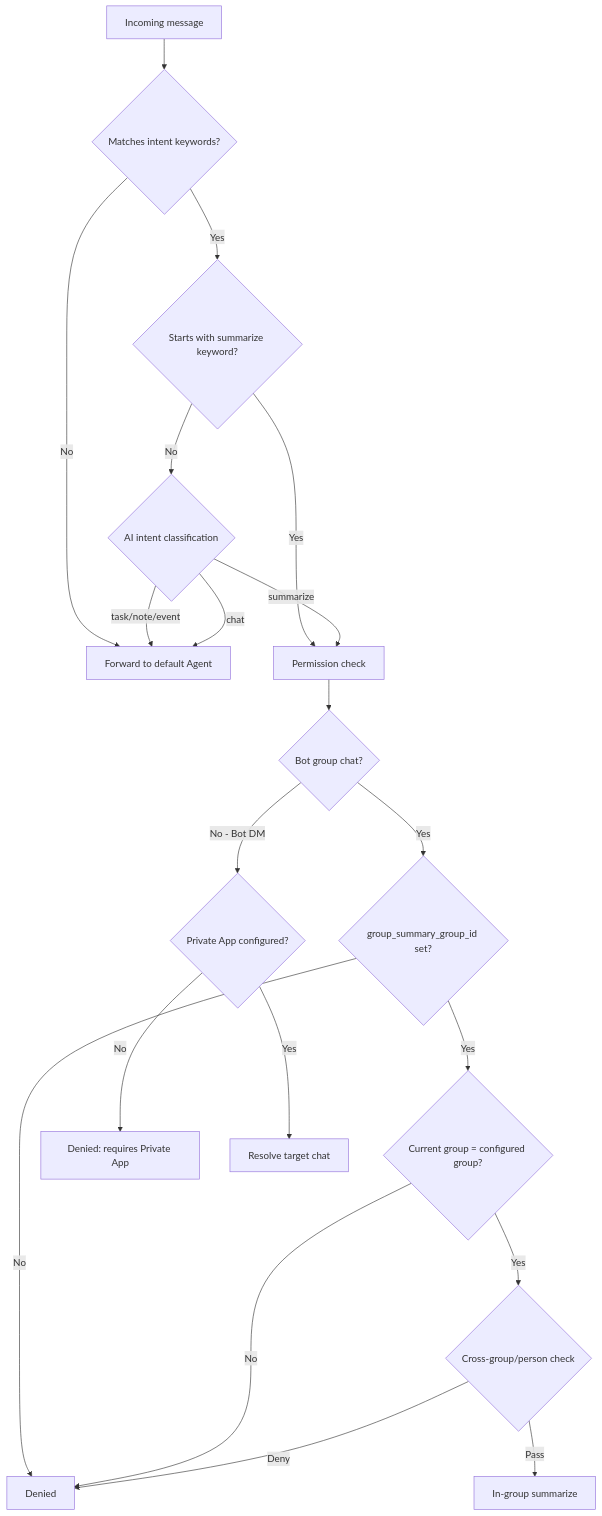
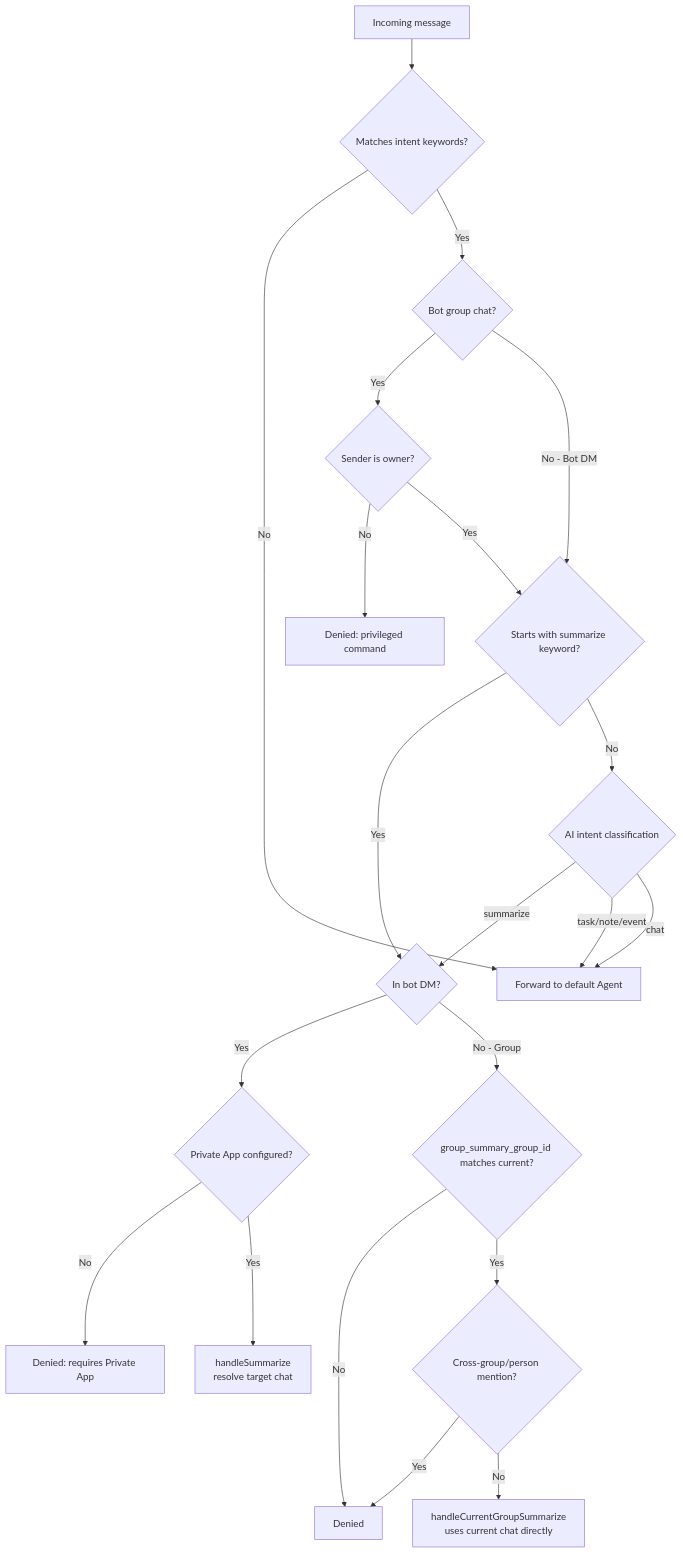
One commit to ringclaw/ringclaw changed the first of 3 diagrams in docs/features/summarize.md. Above: the diagram before and after it, drawn with Mermaid. The commit also changed 8 other files, not shown here.

First line of the commit message:
docs: refresh mermaid diagrams and restructure site nav

````diff
--- a/docs/features/summarize.md
+++ b/docs/features/summarize.md
@@ -22,22 +22,23 @@
 ```mermaid
 flowchart TD
     Msg[Incoming message] --> Trigger{Matches intent keywords?}
     Trigger -->|No| Agent[Forward to default Agent]
-    Trigger -->|Yes| Keyword{Starts with summarize keyword?}
-    Keyword -->|Yes| Perm[Permission check]
+    Trigger -->|Yes| BotGroup{Bot group chat?}
+    BotGroup -->|Yes| Owner{Sender is owner?}
+    Owner -->|No| Block[Denied: privileged command]
+    Owner -->|Yes| Keyword{Starts with summarize keyword?}
+    BotGroup -->|No - Bot DM| Keyword
+    Keyword -->|Yes| DMCheck{In bot DM?}
     Keyword -->|No| AI{AI intent classification}
-    AI -->|summarize| Perm
+    AI -->|summarize| DMCheck
     AI -->|task/note/event| Agent
     AI -->|chat| Agent
-    Perm --> BotGroup{Bot group chat?}
-    BotGroup -->|No - Bot DM| PrivApp{Private App configured?}
-    BotGroup -->|Yes| GroupCfg{group_summary_group_id set?}
+    DMCheck -->|Yes| PrivApp{Private App configured?}
+    DMCheck -->|No - Group| GroupCfg{group_summary_group_id matches current?}
     GroupCfg -->|No| Deny[Denied]
-    GroupCfg -->|Yes| GroupMatch{Current group = configured group?}
-    GroupMatch -->|No| Deny
-    GroupMatch -->|Yes| CrossCheck{Cross-group/person check}
-    CrossCheck -->|Pass| GroupSum[In-group summarize]
-    CrossCheck -->|Deny| Deny
+    GroupCfg -->|Yes| CrossCheck{Cross-group/person mention?}
+    CrossCheck -->|Yes| Deny
+    CrossCheck -->|No| GroupSum[handleCurrentGroupSummarize<br/>uses current chat directly]
     PrivApp -->|No| Deny2[Denied: requires Private App]
-    PrivApp -->|Yes| Resolve[Resolve target chat]
+    PrivApp -->|Yes| Resolve[handleSummarize<br/>resolve target chat]
 ```
````
